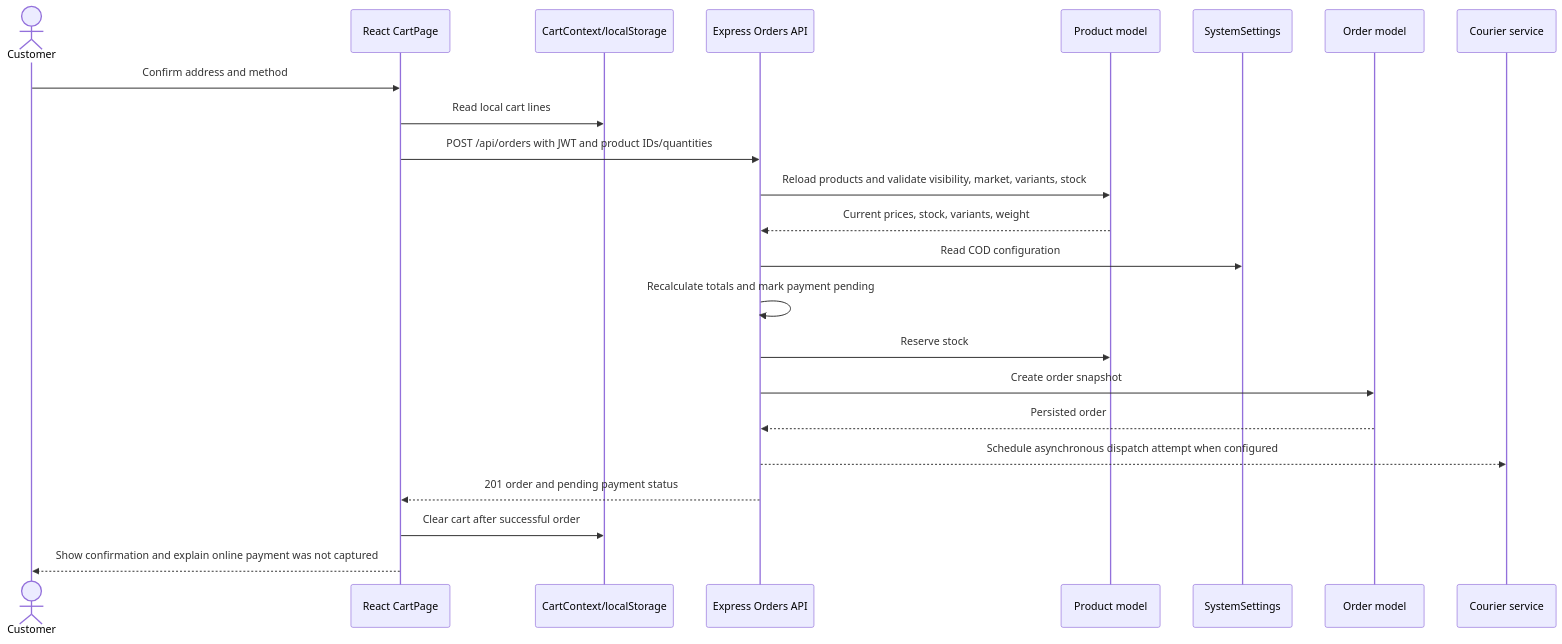
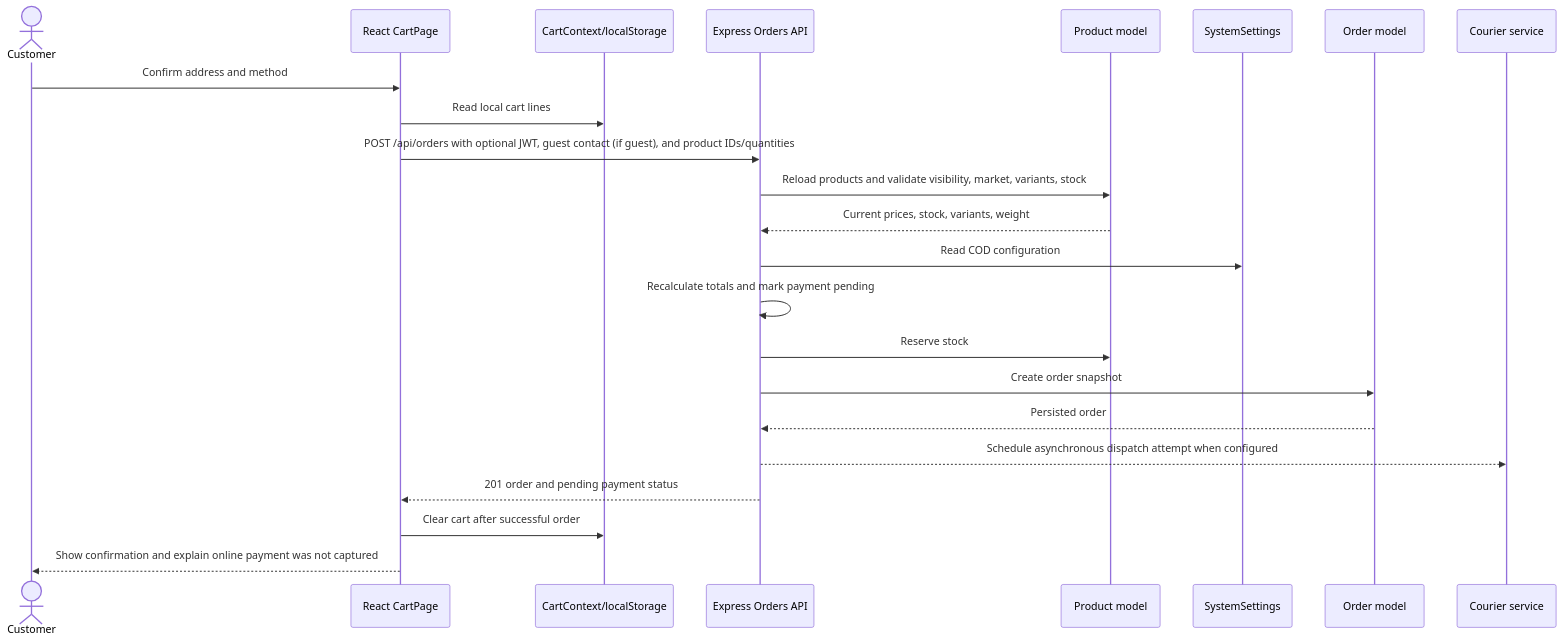
The fourth of 22 diagrams in docs/UML_DIAGRAMS.md (arbazfareed/e-commerce), drawn with Mermaid before and after one commit. The commit also changed other lines of this file and 94 other files, not shown here.

````diff
--- a/docs/UML_DIAGRAMS.md
+++ b/docs/UML_DIAGRAMS.md
@@ -226,26 +230,26 @@
 ```mermaid
 sequenceDiagram
     actor Customer
     participant UI as React CartPage
     participant Cart as CartContext/localStorage
     participant API as Express Orders API
     participant Product as Product model
     participant Settings as SystemSettings
     participant Order as Order model
     participant Courier as Courier service
 
     Customer->>UI: Confirm address and method
     UI->>Cart: Read local cart lines
-    UI->>API: POST /api/orders with JWT and product IDs/quantities
+    UI->>API: POST /api/orders with optional JWT, guest contact (if guest), and product IDs/quantities
     API->>Product: Reload products and validate visibility, market, variants, stock
     Product-->>API: Current prices, stock, variants, weight
     API->>Settings: Read COD configuration
     API->>API: Recalculate totals and mark payment pending
     API->>Product: Reserve stock
     API->>Order: Create order snapshot
     Order-->>API: Persisted order
     API-->>Courier: Schedule asynchronous dispatch attempt when configured
     API-->>UI: 201 order and pending payment status
     UI->>Cart: Clear cart after successful order
     UI-->>Customer: Show confirmation and explain online payment was not captured
 ```
````
